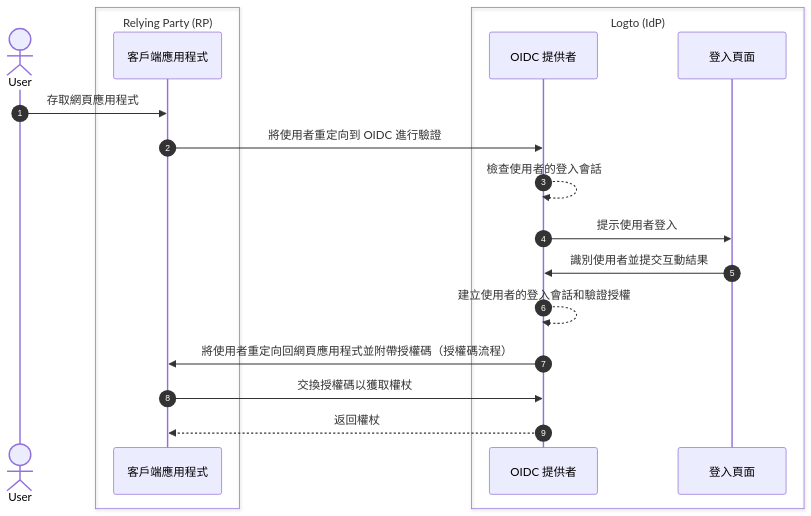
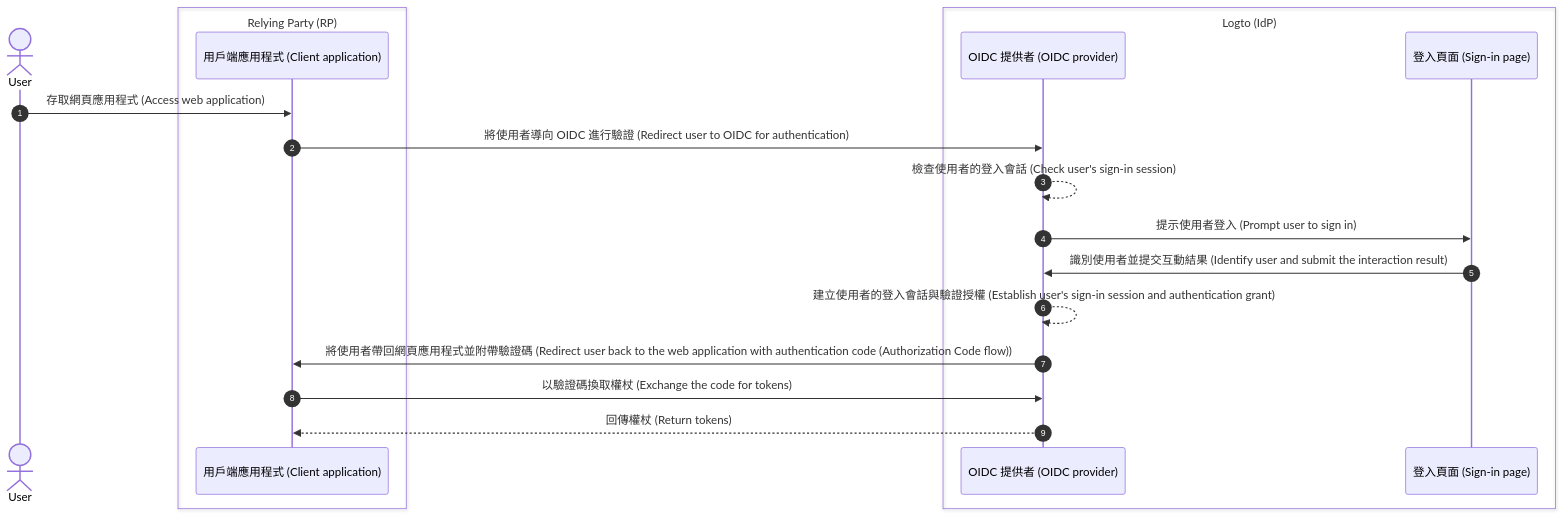
Before and after one commit to logto-io/docs: the first of 3 diagrams in i18n/zh-TW/docusaurus-plugin-content-docs/current/end-user-flows/sign-out.mdx, drawn with Mermaid. The commit also changed other lines of this file and 162 other files, not shown here.

````diff
--- a/i18n/zh-TW/docusaurus-plugin-content-docs/current/end-user-flows/sign-out.mdx
+++ b/i18n/zh-TW/docusaurus-plugin-content-docs/current/end-user-flows/sign-out.mdx
@@ -13,24 +13,24 @@
 ```mermaid
   sequenceDiagram
     autonumber
     actor User
 
     box Relying Party (RP)
-      participant Client as 客戶端應用程式
+      participant Client as 用戶端應用程式 (Client application)
     end
 
     box Logto (IdP)
-      participant OIDC as OIDC 提供者
-      participant SignIn as 登入頁面
+      participant OIDC as OIDC 提供者 (OIDC provider)
+      participant SignIn as 登入頁面 (Sign-in page)
     end
 
-    User ->> Client: 存取網頁應用程式
-    Client ->> OIDC: 將使用者重定向到 OIDC 進行驗證
-    OIDC -->> OIDC: 檢查使用者的登入會話
-    OIDC ->> SignIn: 提示使用者登入
-    SignIn ->> OIDC: 識別使用者並提交互動結果
-    OIDC -->> OIDC: 建立使用者的登入會話和驗證授權
-    OIDC ->> Client: 將使用者重定向回網頁應用程式並附帶授權碼（授權碼流程）
-    Client ->> OIDC: 交換授權碼以獲取權杖
-    OIDC -->> Client: 返回權杖
+    User ->> Client: 存取網頁應用程式 (Access web application)
+    Client ->> OIDC: 將使用者導向 OIDC 進行驗證 (Redirect user to OIDC for authentication)
+    OIDC -->> OIDC: 檢查使用者的登入會話 (Check user's sign-in session)
+    OIDC ->> SignIn: 提示使用者登入 (Prompt user to sign in)
+    SignIn ->> OIDC: 識別使用者並提交互動結果 (Identify user and submit the interaction result)
+    OIDC -->> OIDC: 建立使用者的登入會話與驗證授權 (Establish user's sign-in session and authentication grant)
+    OIDC ->> Client: 將使用者帶回網頁應用程式並附帶驗證碼 (Redirect user back to the web application with authentication code (Authorization Code flow))
+    Client ->> OIDC: 以驗證碼換取權杖 (Exchange the code for tokens)
+    OIDC -->> Client: 回傳權杖 (Return tokens)
 ```
````
